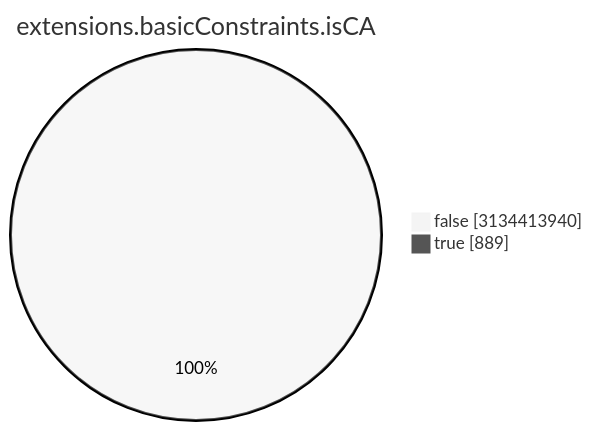
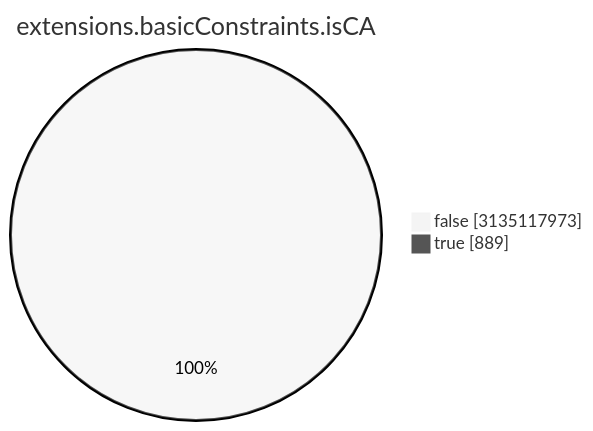
Before and after one commit to christiankrug/ctmonitor_visualization: the seventh of 15 diagrams in TOTAL/README.md, drawn with Mermaid (neutral theme). The commit also changed other lines of this file, not shown here.

````diff
--- a/TOTAL/README.md
+++ b/TOTAL/README.md
@@ -3088,6 +3088,6 @@
 ```mermaid
 pie showData
 title extensions.basicConstraints.isCA
-"false" :3134413940
+"false" :3135117973
 "true" :889
 ```
````
